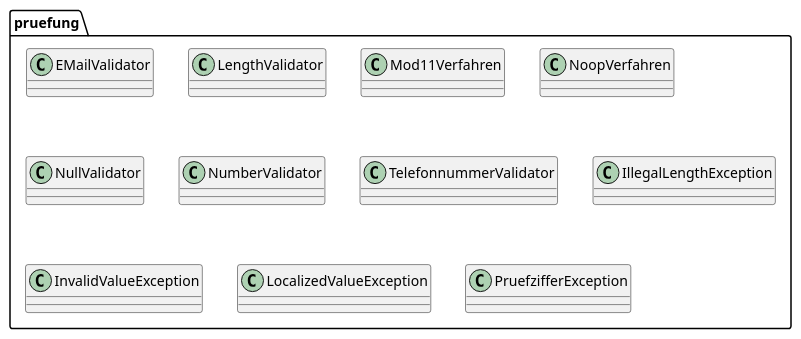
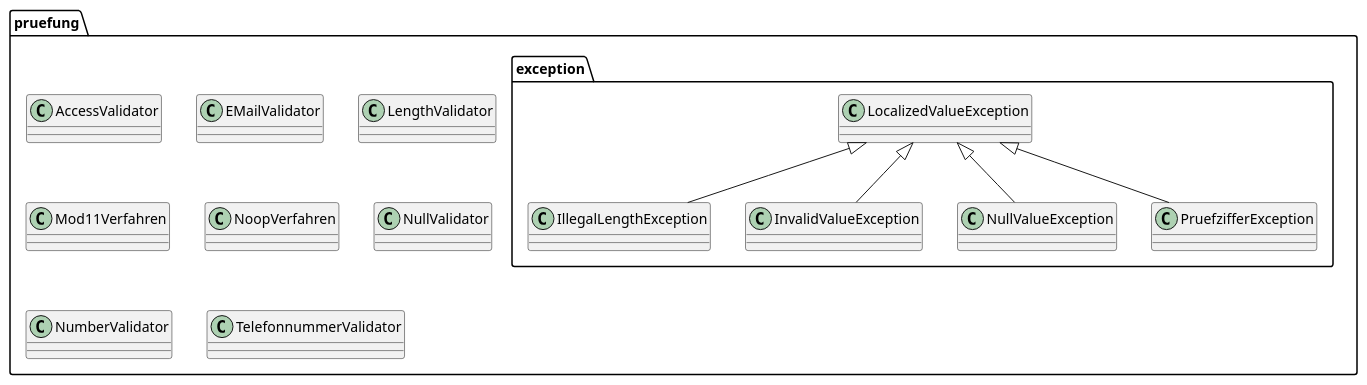
One commit to oboehm/jfachwert changed the diagram in src/main/asciidoc/images/package-pruefung.puml. Above: the diagram before and after it, drawn with PlantUML. The commit also changed 14 other files, not shown here.

```diff
--- a/src/main/asciidoc/images/package-pruefung.puml
+++ b/src/main/asciidoc/images/package-pruefung.puml
@@ -1,20 +1,29 @@
 @startuml
 
 package "pruefung" {
 
+    class AccessValidator
     class EMailValidator
     class LengthValidator
     class Mod11Verfahren
     class NoopVerfahren
     class NullValidator
     class NumberValidator
     class TelefonnummerValidator
 
-    class IllegalLengthException
-    class InvalidValueException
-    class LocalizedValueException
-    class PruefzifferException
+    package "exception" {
+        class IllegalLengthException
+        class InvalidValueException
+        class LocalizedValueException
+        class NullValueException
+        class PruefzifferException
+    }
 
 }
 
+LocalizedValueException <|-- IllegalLengthException
+LocalizedValueException <|-- InvalidValueException
+LocalizedValueException <|-- NullValueException
+LocalizedValueException <|-- PruefzifferException
+
 @enduml
```
